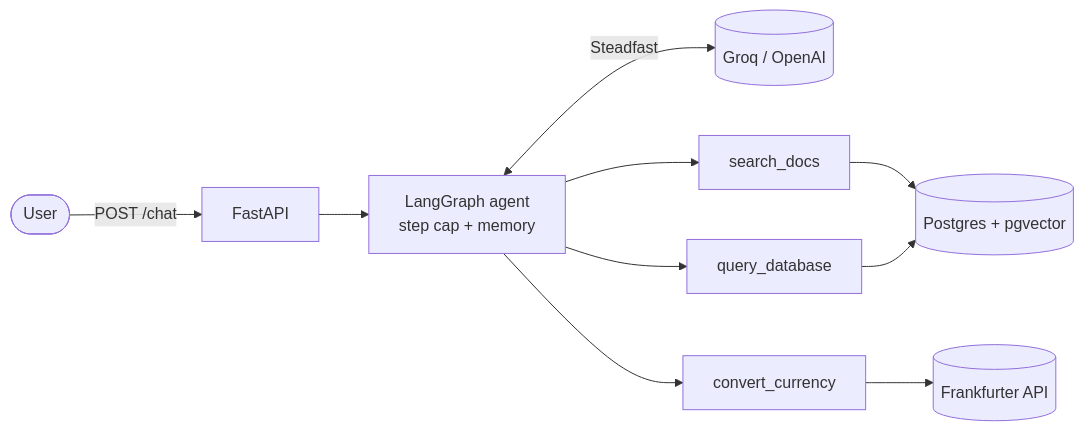
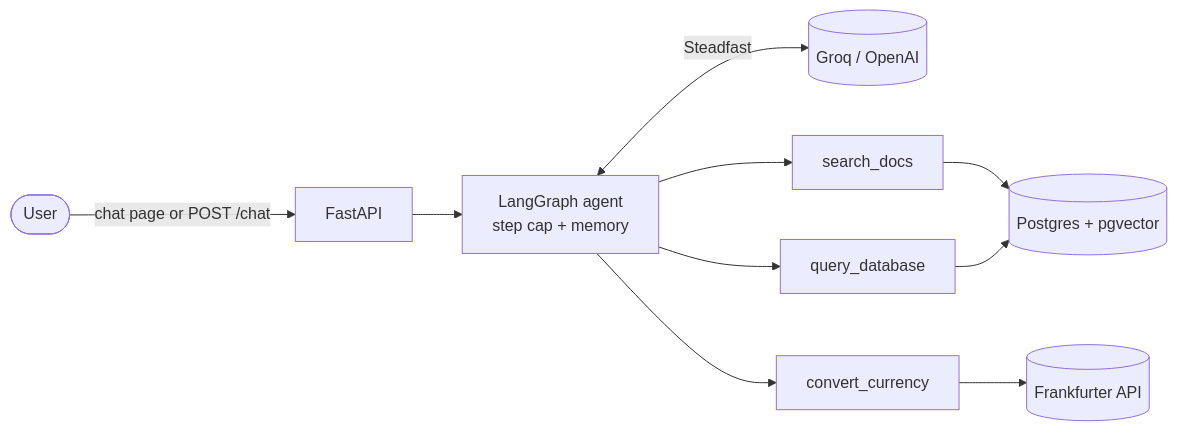
Before and after one commit to maniesh-lab/lookup-agent: the diagram in README.md, drawn with Mermaid. The commit also changed other lines of this file and 5 other files, not shown here.

First line of the commit message:
feat: add a chat page at / with light and dark mode

````diff
--- a/README.md
+++ b/README.md
@@ -24,9 +24,9 @@
 ```mermaid
 flowchart LR
-    user([User]) -->|POST /chat| api[FastAPI]
+    user([User]) -->|chat page or POST /chat| api[FastAPI]
     api --> agent[LangGraph agent<br/>step cap + memory]
     agent <-->|Steadfast| llm[(Groq / OpenAI)]
     agent --> S[search_docs] --> pg[(Postgres + pgvector)]
     agent --> Q[query_database] --> pg
     agent --> C[convert_currency] --> fx[(Frankfurter API)]
 ```
````
